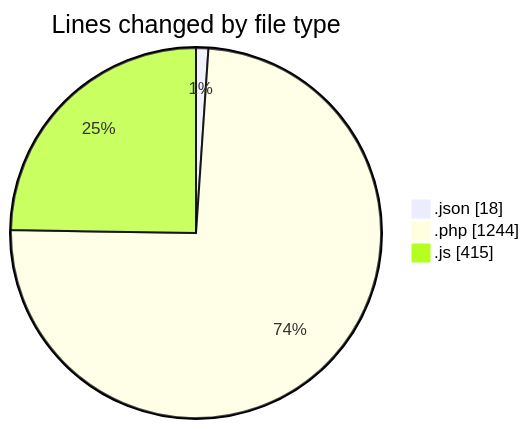
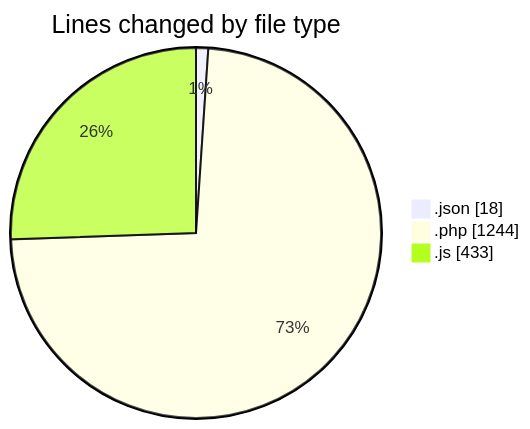
One commit to debugP/code-tracking changed the first of 2 diagrams in 2025-09-26/untitled__workspace_/README.md. Above: the diagram before and after it, drawn with Mermaid. The commit also changed other lines of this file and 1 other file, not shown here.

````diff
--- a/2025-09-26/untitled__workspace_/README.md
+++ b/2025-09-26/untitled__workspace_/README.md
@@ -24,7 +24,7 @@
 ```mermaid
 pie showData
 title Lines changed by file type
 ".json" : 18
 ".php" : 1244
-".js" : 415
+".js" : 433
 ```
````
